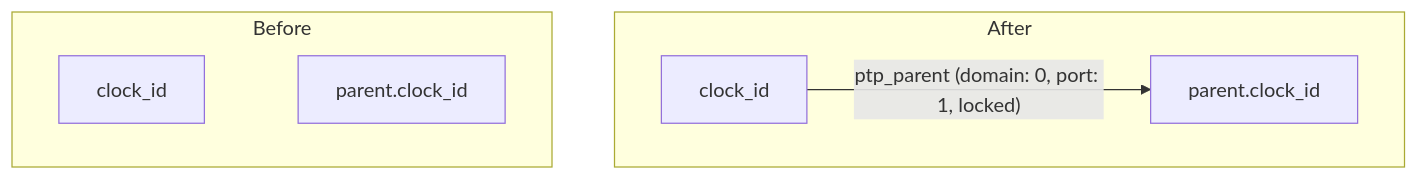
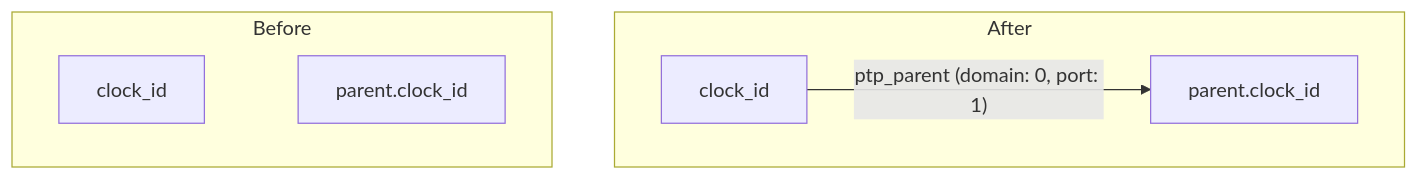
Before and after one commit to tier4/sync_tooling: the fourth of 8 diagrams in docs/design.md, drawn with Mermaid. The commit also changed other lines of this file, not shown here.

````diff
--- a/docs/design.md
+++ b/docs/design.md
@@ -268,9 +268,9 @@
 ```mermaid
 graph TD
   subgraph After
-    A2["clock_id"] -- ptp_parent (domain: 0, port: 1, locked) --> B2["parent.clock_id"]
+    A2["clock_id"] -- ptp_parent (domain: 0, port: 1) --> B2["parent.clock_id"]
   end
   subgraph Before
     A1["clock_id"] ~~~ B1["parent.clock_id"]
   end
 ```
````
